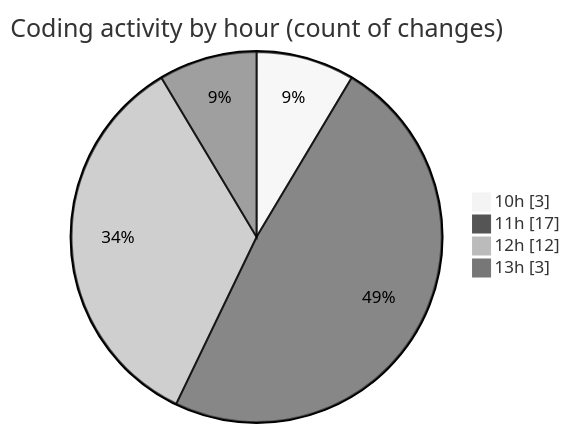
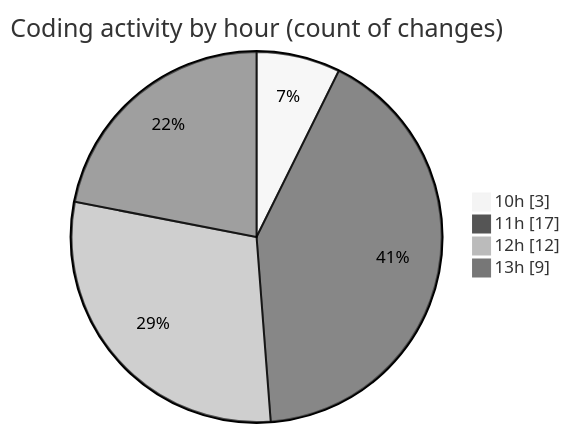
The second of 2 diagrams in 2025-09-19/nxtqube_webapp/README.md (nxtqubesakshisongat/code-tracking), drawn with Mermaid (neutral theme) before and after one commit. The commit also changed other lines of this file and 1 other file, not shown here.

````diff
--- a/2025-09-19/nxtqube_webapp/README.md
+++ b/2025-09-19/nxtqube_webapp/README.md
@@ -32,8 +32,8 @@
 ```mermaid
 pie showData
 title Coding activity by hour (count of changes)
 "10h" : 3
 "11h" : 17
 "12h" : 12
-"13h" : 3
+"13h" : 9
 ```
````
